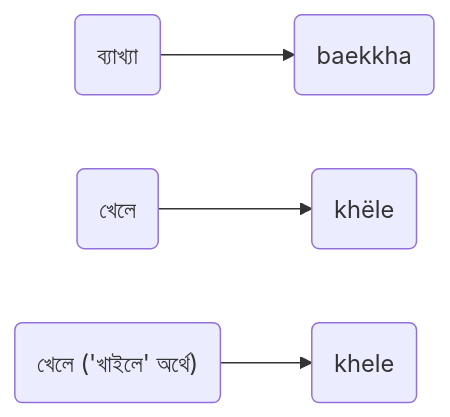
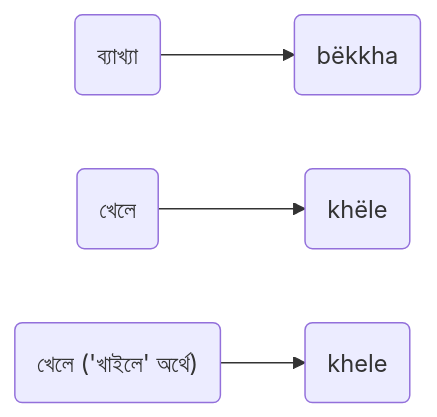
The ninth of 15 diagrams in README.md (rajin00011-cmd/shorolipi-forked), drawn with Mermaid before and after one commit.

Commit message:
fix: update pronunciation for "ব্যাখ্যা" to "bëkkha" in examples

````diff
--- a/README.md
+++ b/README.md
@@ -157,6 +157,6 @@
 ```mermaid
 flowchart LR
-a("ব্যাখ্যা") --> b("baekkha")
+a("ব্যাখ্যা") --> b("bëkkha")
 c("খেলে") --> d("khële")
 e("খেলে ('খাইলে' অর্থে) ") --> f("khele")
 ```
````
